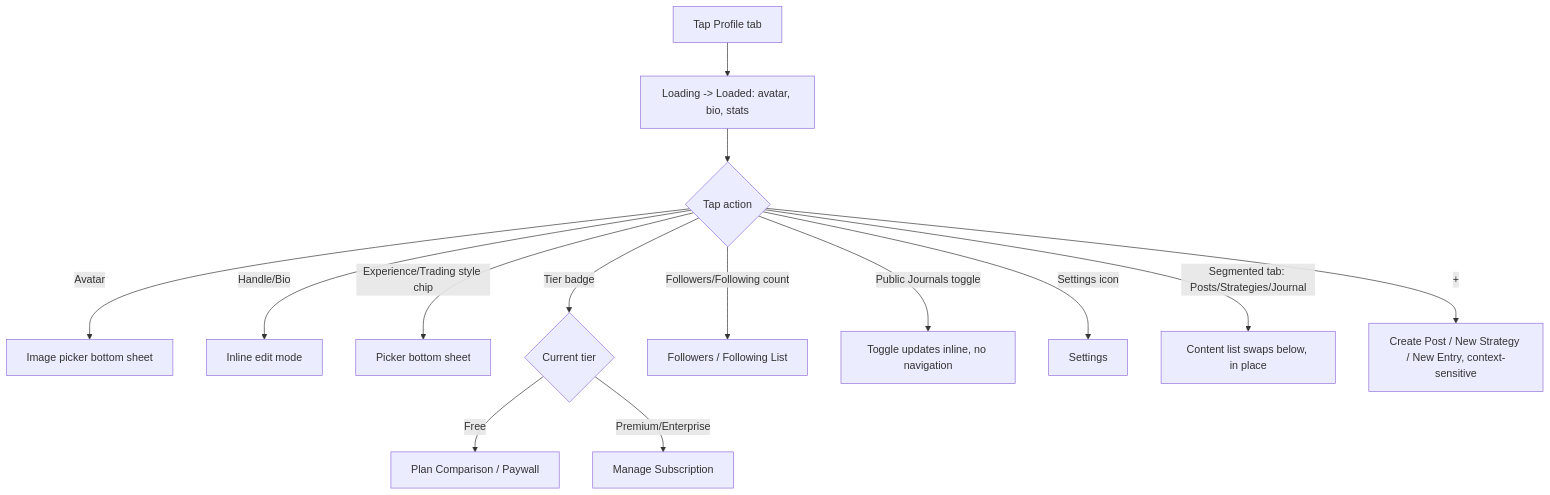
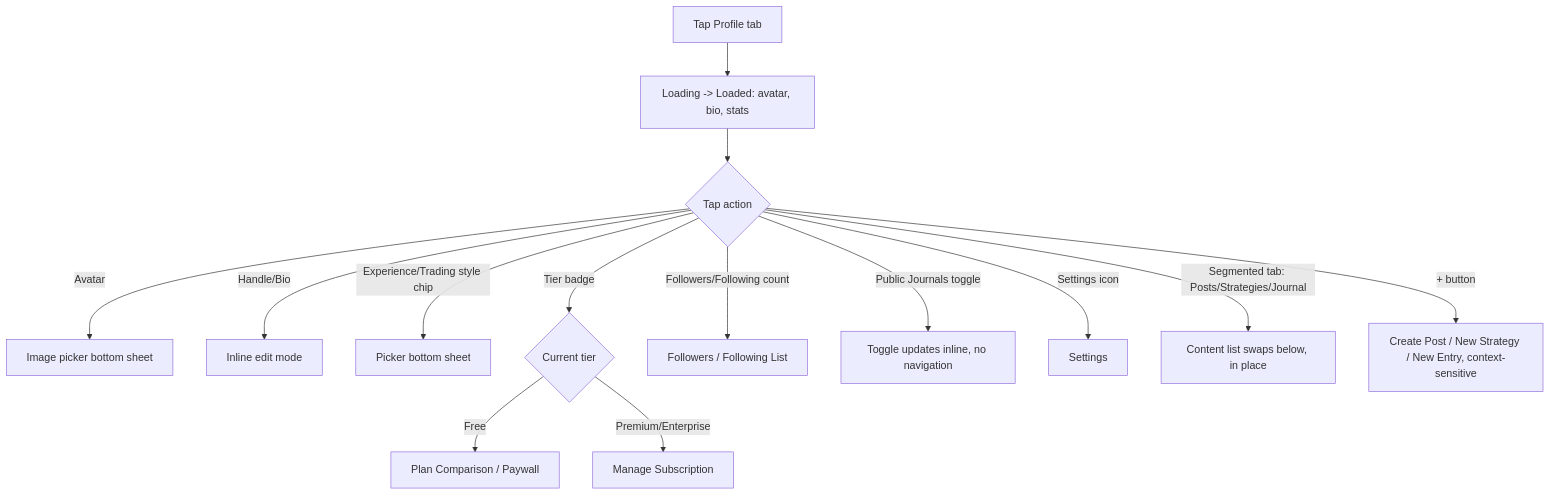
Before and after one commit to NK2552003/TradeX: the sixth of 50 diagrams in docs_/03-design/UI_FLOW_DIAGRAMS.md, drawn with Mermaid. The commit also changed other lines of this file and 365 other files, not shown here.

````diff
--- a/docs_/03-design/UI_FLOW_DIAGRAMS.md
+++ b/docs_/03-design/UI_FLOW_DIAGRAMS.md
@@ -79,16 +79,16 @@
 ```mermaid
 flowchart TD
     A[Tap Profile tab] --> B[Loading -> Loaded: avatar, bio, stats]
     B --> C{Tap action}
     C -- Avatar --> D[Image picker bottom sheet]
     C -- Handle/Bio --> E[Inline edit mode]
     C -- Experience/Trading style chip --> F[Picker bottom sheet]
     C -- Tier badge --> G{Current tier}
     G -- Free --> H[Plan Comparison / Paywall]
     G -- Premium/Enterprise --> I[Manage Subscription]
     C -- Followers/Following count --> J[Followers / Following List]
     C -- Public Journals toggle --> K[Toggle updates inline, no navigation]
     C -- Settings icon --> L[Settings]
     C -- Segmented tab: Posts/Strategies/Journal --> M[Content list swaps below, in place]
-    C -- "+" --> N[Create Post / New Strategy / New Entry, context-sensitive]
+    C -- + button --> N[Create Post / New Strategy / New Entry, context-sensitive]
 ```
````
